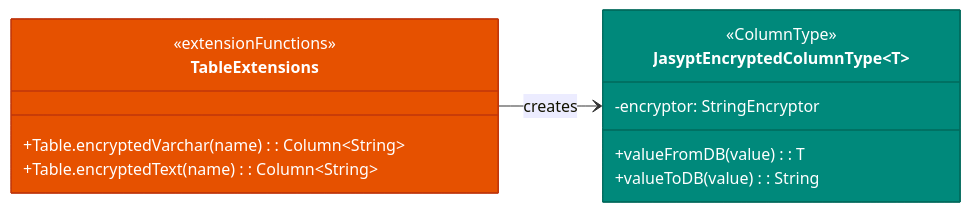
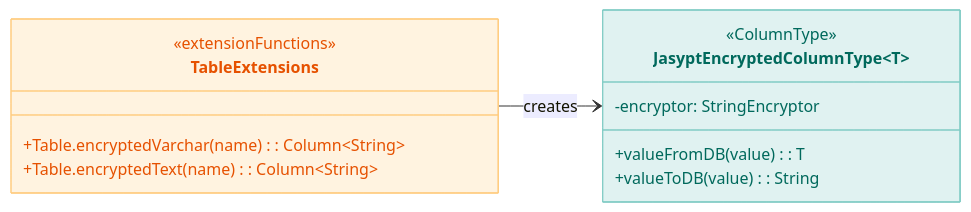
One commit to bluetape4k/bluetape4k-projects changed the first of 4 diagrams in data/exposed-jasypt/README.ko.md. Above: the diagram before and after it, drawn with Mermaid. The commit also changed other lines of this file and 219 other files, not shown here.

First line of the commit message:
docs: 전체 README Mermaid 다이어그램 가이드 적용

````diff
--- a/data/exposed-jasypt/README.ko.md
+++ b/data/exposed-jasypt/README.ko.md
@@ -86,19 +86,19 @@
 ```mermaid
 classDiagram
     direction LR
     class JasyptEncryptedColumnType~T~ {
         <<ColumnType>>
         -encryptor: StringEncryptor
         +valueFromDB(value): T
         +valueToDB(value): String
     }
     class TableExtensions {
         <<extensionFunctions>>
         +Table.encryptedVarchar(name): Column~String~
         +Table.encryptedText(name): Column~String~
     }
     TableExtensions --> JasyptEncryptedColumnType : creates
 
-    style JasyptEncryptedColumnType fill:#00897B,stroke:#00695C,color:#FFFFFF
-    style TableExtensions fill:#E65100,stroke:#BF360C,color:#FFFFFF
+    style JasyptEncryptedColumnType fill:#E0F2F1,stroke:#80CBC4,color:#00695C
+    style TableExtensions fill:#FFF3E0,stroke:#FFCC80,color:#E65100
 ```
````
